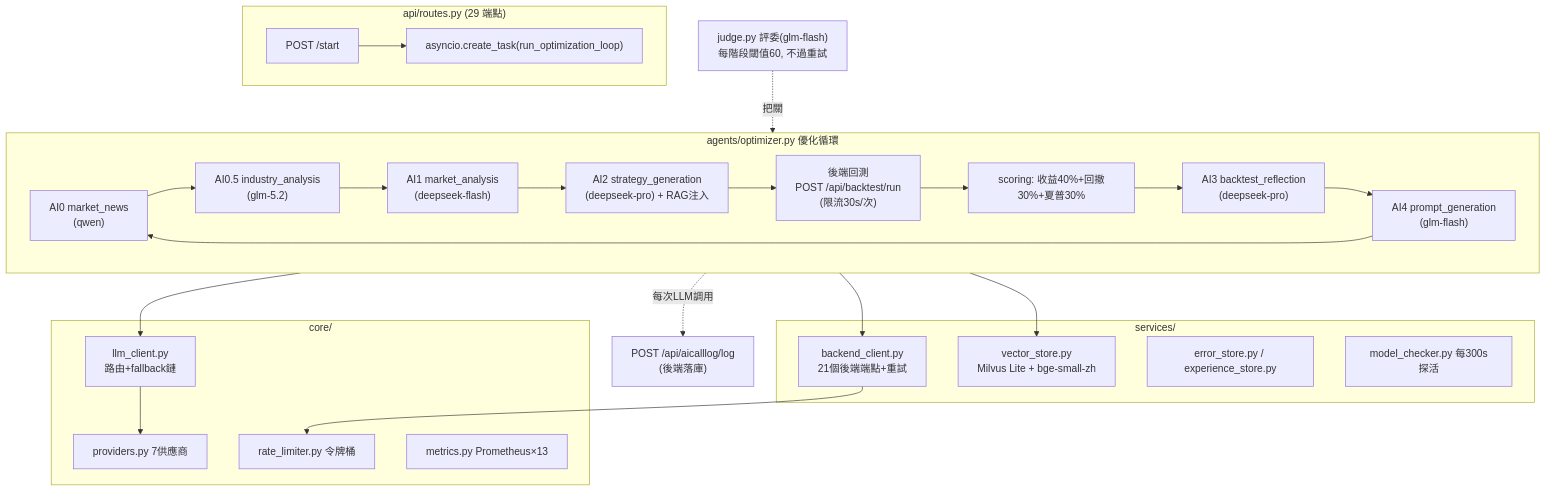
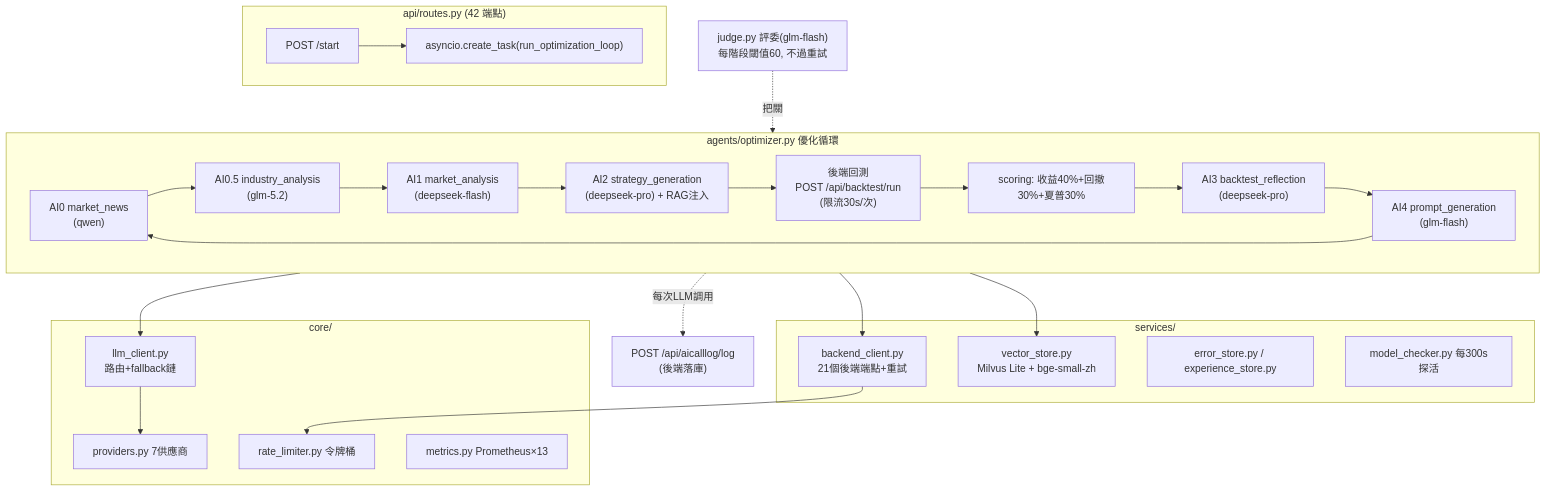
Before and after one commit to JackLiKa/TradingWorkstation: the first of 5 diagrams in docs/AGENT_SERVICE.md, drawn with Mermaid. The commit also changed other lines of this file and 65 other files, not shown here.

````diff
--- a/docs/AGENT_SERVICE.md
+++ b/docs/AGENT_SERVICE.md
@@ -12,30 +14,30 @@
 ```mermaid
 flowchart TD
-    subgraph API["api/routes.py (29 端點)"]
+    subgraph API["api/routes.py (42 端點)"]
         start["POST /start"] --> task["asyncio.create_task(run_optimization_loop)"]
     end
     subgraph LOOP["agents/optimizer.py 優化循環"]
         s0["AI0 market_news<br/>(qwen)"] --> s05["AI0.5 industry_analysis<br/>(glm-5.2)"]
         s05 --> s1["AI1 market_analysis<br/>(deepseek-flash)"]
         s1 --> s2["AI2 strategy_generation<br/>(deepseek-pro) + RAG注入"]
         s2 --> bt["後端回測<br/>POST /api/backtest/run<br/>(限流30s/次)"]
         bt --> sc["scoring: 收益40%+回撤30%+夏普30%"]
         sc --> s3["AI3 backtest_reflection<br/>(deepseek-pro)"]
         s3 --> s4["AI4 prompt_generation<br/>(glm-flash)"] --> s0
     end
     judge["judge.py 評委(glm-flash)<br/>每階段閾值60, 不過重試"] -.把關.-> LOOP
     subgraph CORE["core/"]
         llm["llm_client.py<br/>路由+fallback鏈"] --> prov["providers.py 7供應商"]
         rl["rate_limiter.py 令牌桶"]
         met["metrics.py Prometheus×13"]
     end
     subgraph SVC["services/"]
         bc["backend_client.py<br/>21個後端端點+重試"]
         vs["vector_store.py<br/>Milvus Lite + bge-small-zh"]
         es["error_store.py / experience_store.py"]
         mc["model_checker.py 每300s探活"]
     end
     LOOP --> llm & bc & vs
     bc --> rl
     LOOP -.每次LLM調用.-> ailog["POST /api/aicalllog/log<br/>(後端落庫)"]
 ```
````
